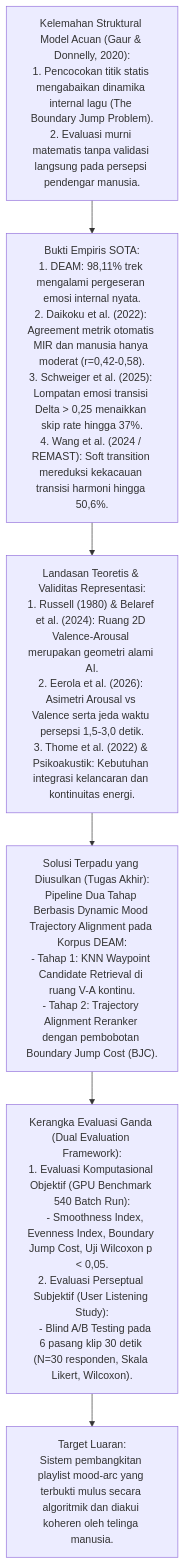
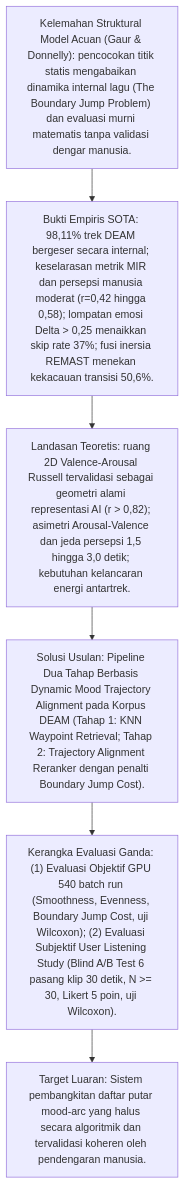
Before and after one commit to cengkooo/Catatan-Logs-TA: the diagram in 06-Naskah-Draft/02-Skenario-Dual-Evaluation-User-Study/Bab-2-Tinjauan-Pustaka.md, drawn with Mermaid. The commit also changed other lines of this file and 3 other files, not shown here.

````diff
--- a/06-Naskah-Draft/02-Skenario-Dual-Evaluation-User-Study/Bab-2-Tinjauan-Pustaka.md
+++ b/06-Naskah-Draft/02-Skenario-Dual-Evaluation-User-Study/Bab-2-Tinjauan-Pustaka.md
@@ -105,12 +100,12 @@
 ```mermaid
 flowchart TD
-    Masalah["Kelemahan Struktural Model Acuan (Gaur & Donnelly, 2020):<br/>1. Pencocokan titik statis mengabaikan dinamika internal lagu (The Boundary Jump Problem).<br/>2. Evaluasi murni matematis tanpa validasi langsung pada persepsi pendengar manusia."] --> Bukti["Bukti Empiris SOTA:<br/>1. DEAM: 98,11% trek mengalami pergeseran emosi internal nyata.<br/>2. Daikoku et al. (2022): Agreement metrik otomatis MIR dan manusia hanya moderat (r=0,42-0,58).<br/>3. Schweiger et al. (2025): Lompatan emosi transisi Delta > 0,25 menaikkan skip rate hingga 37%.<br/>4. Wang et al. (2024 / REMAST): Soft transition mereduksi kekacauan transisi harmoni hingga 50,6%."]
+    Masalah["Kelemahan Struktural Model Acuan (Gaur & Donnelly): pencocokan titik statis mengabaikan dinamika internal lagu (The Boundary Jump Problem) dan evaluasi murni matematis tanpa validasi dengar manusia."] --> Bukti["Bukti Empiris SOTA: 98,11% trek DEAM bergeser secara internal; keselarasan metrik MIR dan persepsi manusia moderat (r=0,42 hingga 0,58); lompatan emosi Delta > 0,25 menaikkan skip rate 37%; fusi inersia REMAST menekan kekacauan transisi 50,6%."]
     
-    Bukti --> Teori["Landasan Teoretis & Validitas Representasi:<br/>1. Russell (1980) & Belaref et al. (2024): Ruang 2D Valence-Arousal merupakan geometri alami AI.<br/>2. Eerola et al. (2026): Asimetri Arousal vs Valence serta jeda waktu persepsi 1,5-3,0 detik.<br/>3. Thome et al. (2022) & Psikoakustik: Kebutuhan integrasi kelancaran dan kontinuitas energi."]
+    Bukti --> Teori["Landasan Teoretis: ruang 2D Valence-Arousal Russell tervalidasi sebagai geometri alami representasi AI (r > 0,82); asimetri Arousal-Valence dan jeda persepsi 1,5 hingga 3,0 detik; kebutuhan kelancaran energi antartrek."]
     
-    Teori --> Solusi["Solusi Terpadu yang Diusulkan (Tugas Akhir):<br/>Pipeline Dua Tahap Berbasis Dynamic Mood Trajectory Alignment pada Korpus DEAM:<br/>- Tahap 1: KNN Waypoint Candidate Retrieval di ruang V-A kontinu.<br/>- Tahap 2: Trajectory Alignment Reranker dengan pembobotan Boundary Jump Cost (BJC)."]
+    Teori --> Solusi["Solusi Usulan: Pipeline Dua Tahap Berbasis Dynamic Mood Trajectory Alignment pada Korpus DEAM (Tahap 1: KNN Waypoint Retrieval; Tahap 2: Trajectory Alignment Reranker dengan penalti Boundary Jump Cost)."]
     
-    Solusi --> DualEval["Kerangka Evaluasi Ganda (Dual Evaluation Framework):<br/>1. Evaluasi Komputasional Objektif (GPU Benchmark 540 Batch Run):<br/>   - Smoothness Index, Evenness Index, Boundary Jump Cost, Uji Wilcoxon p < 0,05.<br/>2. Evaluasi Perseptual Subjektif (User Listening Study):<br/>   - Blind A/B Testing pada 6 pasang klip 30 detik (N=30 responden, Skala Likert, Wilcoxon)."]
+    Solusi --> DualEval["Kerangka Evaluasi Ganda: (1) Evaluasi Objektif GPU 540 batch run (Smoothness, Evenness, Boundary Jump Cost, uji Wilcoxon); (2) Evaluasi Subjektif User Listening Study (Blind A/B Test 6 pasang klip 30 detik, N >= 30, Likert 5 poin, uji Wilcoxon)."]
     
-    DualEval --> Luaran["Target Luaran:<br/>Sistem pembangkitan playlist mood-arc yang terbukti mulus secara algoritmik dan diakui koheren oleh telinga manusia."]
+    DualEval --> Luaran["Target Luaran: Sistem pembangkitan daftar putar mood-arc yang halus secara algoritmik dan tervalidasi koheren oleh pendengaran manusia."]
 ```
````
